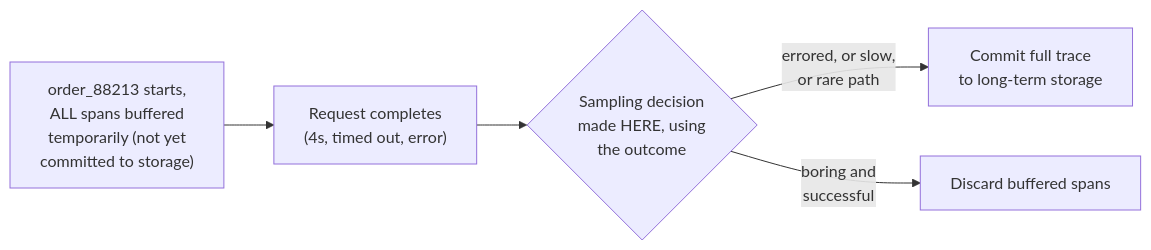
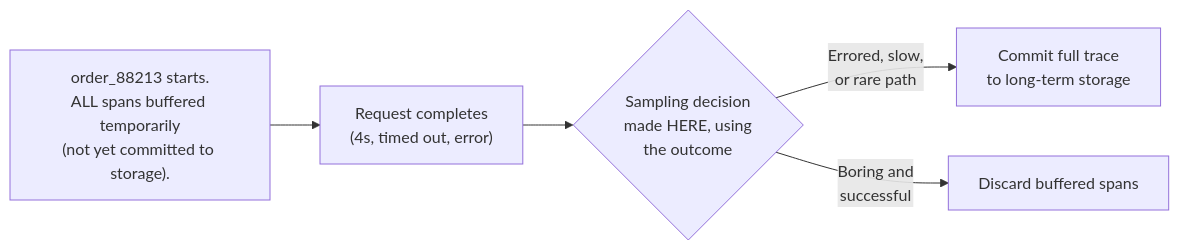
One commit to riyaz-pasha/Learnings changed the ninth of 15 diagrams in system-design/HLD/0-course/57-Design-a-Distributed-Tracing-System-FAANG-Guide-story.md. Above: the diagram before and after it, drawn with Mermaid. The commit also changed other lines of this file and 1 other file, not shown here.

Commit message:
[REWRITE] Distributed Tracing System story guide: simplify prose, add structure, fix diagrams

````diff
--- a/system-design/HLD/0-course/57-Design-a-Distributed-Tracing-System-FAANG-Guide-story.md
+++ b/system-design/HLD/0-course/57-Design-a-Distributed-Tracing-System-FAANG-Guide-story.md
@@ -179,7 +405,7 @@
 ```mermaid
 flowchart LR
-    A2["order_88213 starts,\nALL spans buffered\ntemporarily (not yet\ncommitted to storage)"] --> B2["Request completes\n(4s, timed out, error)"]
-    B2 --> C2{"Sampling decision\nmade HERE, using\nthe outcome"}
-    C2 -->|"errored, or slow,\nor rare path"| D2["Commit full trace\nto long-term storage"]
-    C2 -->|"boring and\nsuccessful"| E2["Discard buffered spans"]
+    A2["order_88213 starts.<br/>ALL spans buffered temporarily<br/>(not yet committed to storage)."] --> B2["Request completes<br/>(4s, timed out, error)"]
+    B2 --> C2{"Sampling decision<br/>made HERE, using<br/>the outcome"}
+    C2 -->|"Errored, slow,<br/>or rare path"| D2["Commit full trace<br/>to long-term storage"]
+    C2 -->|"Boring and<br/>successful"| E2["Discard buffered spans"]
 ```
````
